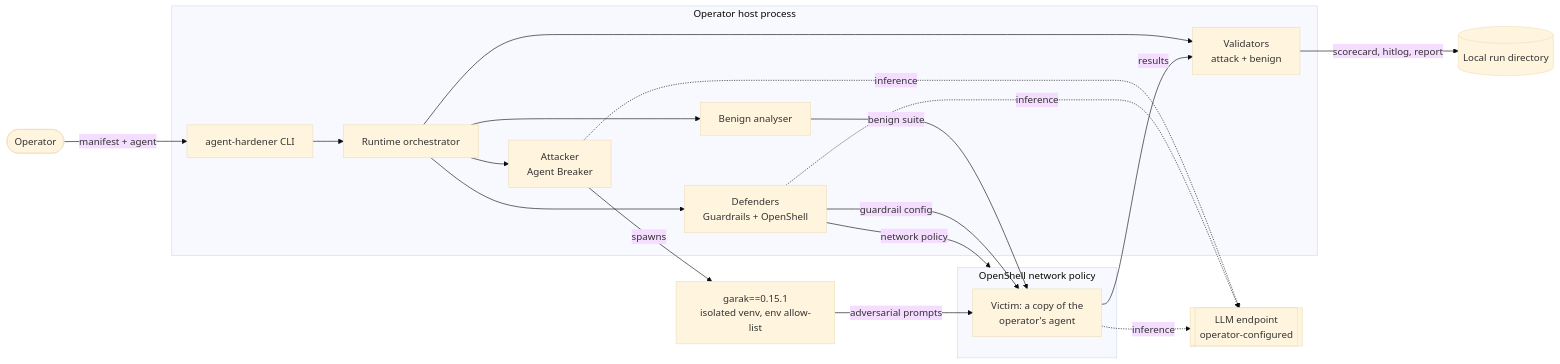
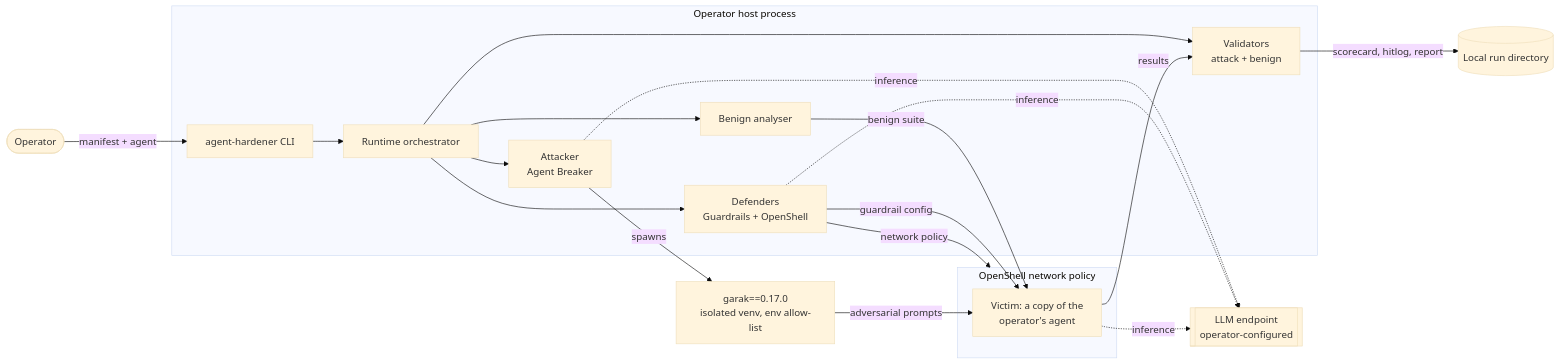
Before and after one commit to NVIDIA-NeMo/agent-hardener: the diagram in AGENT_CARD.md, drawn with Mermaid (base theme). The commit also changed other lines of this file and 7 other files, not shown here.

````diff
--- a/AGENT_CARD.md
+++ b/AGENT_CARD.md
@@ -103,29 +103,29 @@
 ```mermaid
 flowchart LR
   OP([Operator]) -->|manifest + agent| CLI[agent-hardener CLI]
 
   subgraph HOST["Operator host process"]
     CLI --> RT[Runtime orchestrator]
     RT --> ATT["Attacker<br/>Agent Breaker"]
     RT --> DEF["Defenders<br/>Guardrails + OpenShell"]
     RT --> VAL["Validators<br/>attack + benign"]
     RT --> BEN[Benign analyser]
   end
 
-  ATT -->|spawns| GARAK["garak==0.15.1<br/>isolated venv, env allow-list"]
+  ATT -->|spawns| GARAK["garak==0.17.0<br/>isolated venv, env allow-list"]
   GARAK -->|adversarial prompts| VIC
   BEN -->|benign suite| VIC
 
   subgraph SANDBOX["OpenShell network policy"]
     VIC["Victim: a copy of the<br/>operator's agent"]
   end
 
   DEF -->|guardrail config| VIC
   DEF -->|network policy| SANDBOX
   VIC -->|results| VAL
   VAL -->|scorecard, hitlog, report| ART[(Local run directory)]
 
   VIC -.->|inference| LLM[["LLM endpoint<br/>operator-configured"]]
   ATT -.->|inference| LLM
   DEF -.->|inference| LLM
 ```
````
